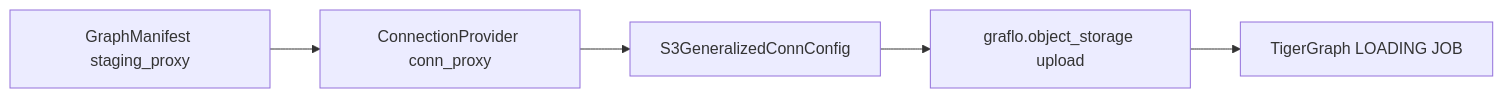
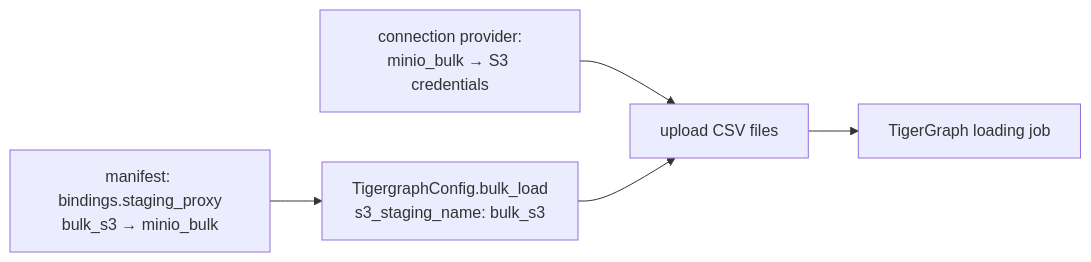
Before and after one commit to growgraph/graflo: the diagram in docs/concepts/operations/object_storage.md, drawn with Mermaid. The commit also changed other lines of this file and 487 other files, not shown here.

````diff
--- a/docs/concepts/operations/object_storage.md
+++ b/docs/concepts/operations/object_storage.md
@@ -15,9 +23,11 @@
 ```mermaid
 flowchart LR
-    M[GraphManifest staging_proxy]
-    P[ConnectionProvider conn_proxy]
-    S3[S3GeneralizedConnConfig]
-    U[graflo.object_storage upload]
-    TG[TigerGraph LOADING JOB]
-    M --> P --> S3 --> U --> TG
+    M["manifest: bindings.staging_proxy<br/>bulk_s3 → minio_bulk"]
+    P["connection provider:<br/>minio_bulk → S3 credentials"]
+    C["TigergraphConfig.bulk_load<br/>s3_staging_name: bulk_s3"]
+    U[upload CSV files]
+    TG[TigerGraph loading job]
+    M --> C
+    P --> U
+    C --> U --> TG
 ```
````
